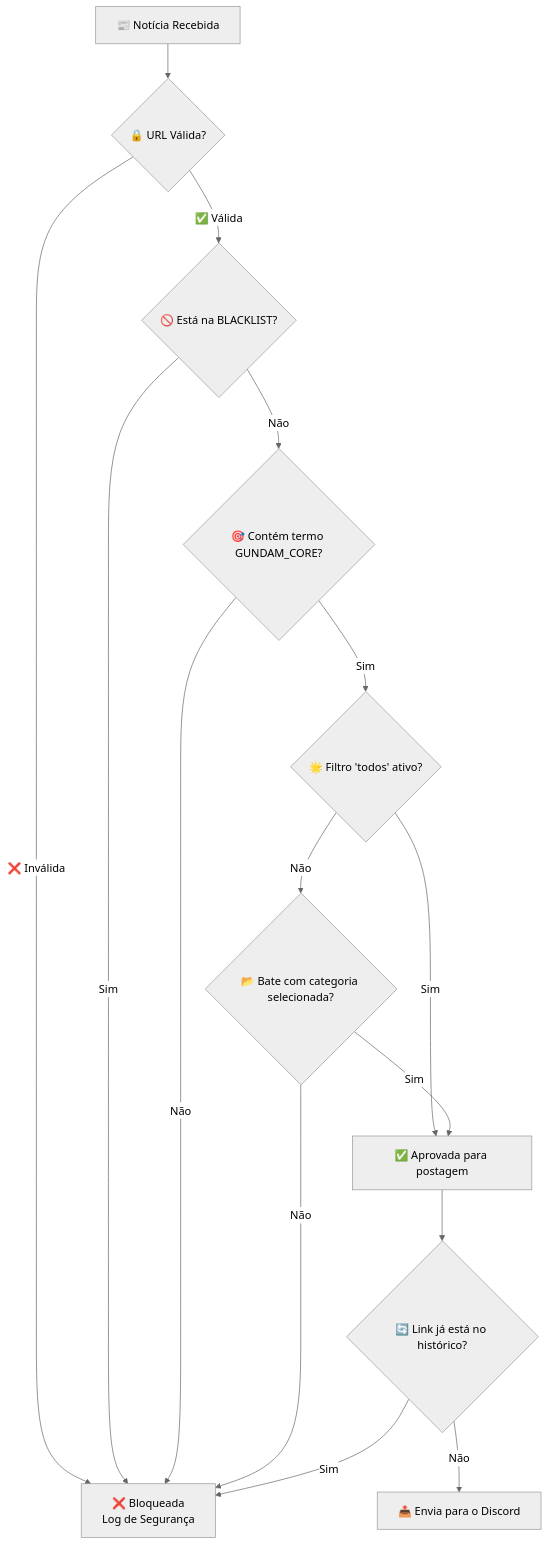
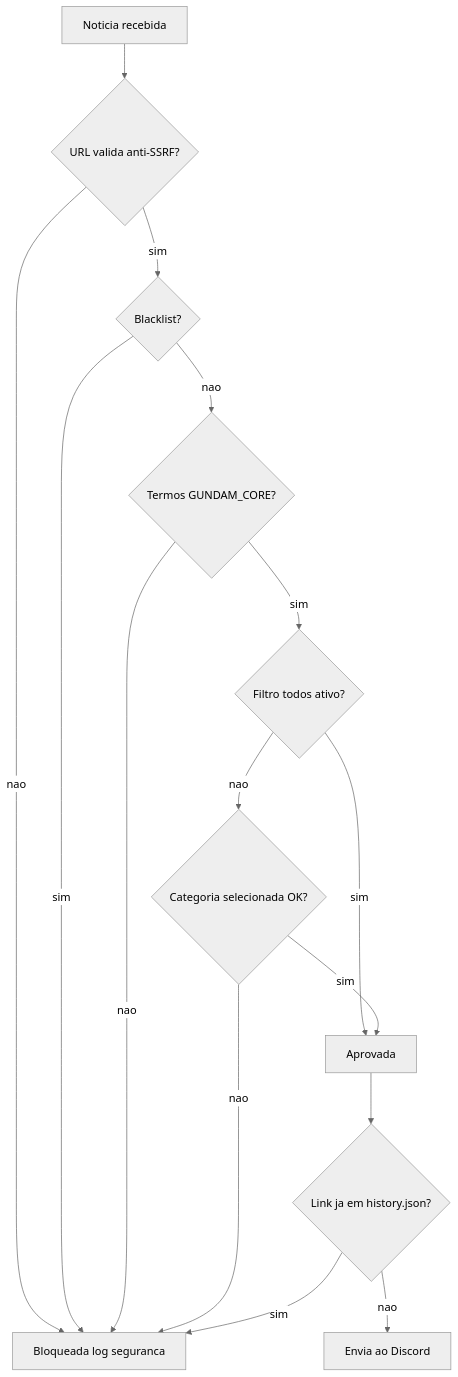
Before and after one commit to carmipa/gundam-news-discord: the fifth of 5 diagrams in README.md, drawn with Mermaid (neutral theme). The commit also changed other lines of this file and 1 other file, not shown here.

Commit message:
docs: Move architecture documentation to a dedicated file and improve README diagrams for GitHub rendering.

````diff
--- a/README.md
+++ b/README.md
@@ -524,17 +523,17 @@
 ```mermaid
 flowchart TD
-    A["📰 Notícia Recebida"] --> B{"🔒 URL Válida?"}
-    B -->|"❌ Inválida"| C["❌ Bloqueada<br/>Log de Segurança"]
-    B -->|"✅ Válida"| D{"🚫 Está na BLACKLIST?"}
-    D -->|Sim| C
-    D -->|Não| E{"🎯 Contém termo GUNDAM_CORE?"}
-    E -->|Não| C
-    E -->|Sim| F{"🌟 Filtro 'todos' ativo?"}
-    F -->|Sim| G["✅ Aprovada para postagem"]
-    F -->|Não| H{"📂 Bate com categoria selecionada?"}
-    H -->|Sim| G
-    H -->|Não| C
-    G --> I{"🔄 Link já está no histórico?"}
-    I -->|Sim| C
-    I -->|Não| J["📤 Envia para o Discord"]
+    A["Noticia recebida"] --> B{"URL valida anti-SSRF?"}
+    B -->|nao| C["Bloqueada log seguranca"]
+    B -->|sim| D{"Blacklist?"}
+    D -->|sim| C
+    D -->|nao| E{"Termos GUNDAM_CORE?"}
+    E -->|nao| C
+    E -->|sim| F{"Filtro todos ativo?"}
+    F -->|sim| G["Aprovada"]
+    F -->|nao| H{"Categoria selecionada OK?"}
+    H -->|sim| G
+    H -->|nao| C
+    G --> I{"Link ja em history.json?"}
+    I -->|sim| C
+    I -->|nao| J["Envia ao Discord"]
 ```
````
